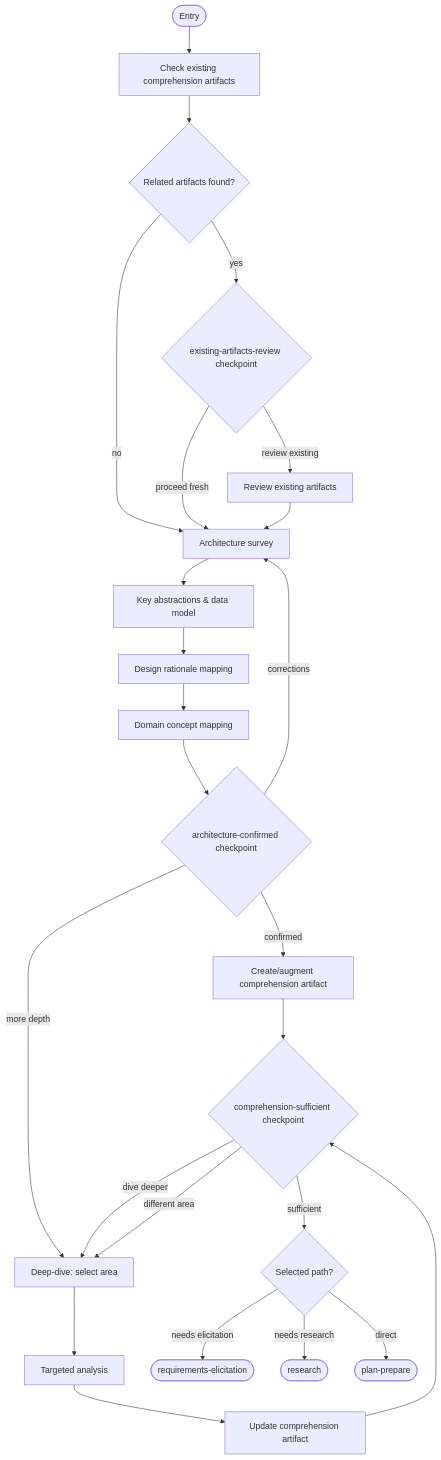
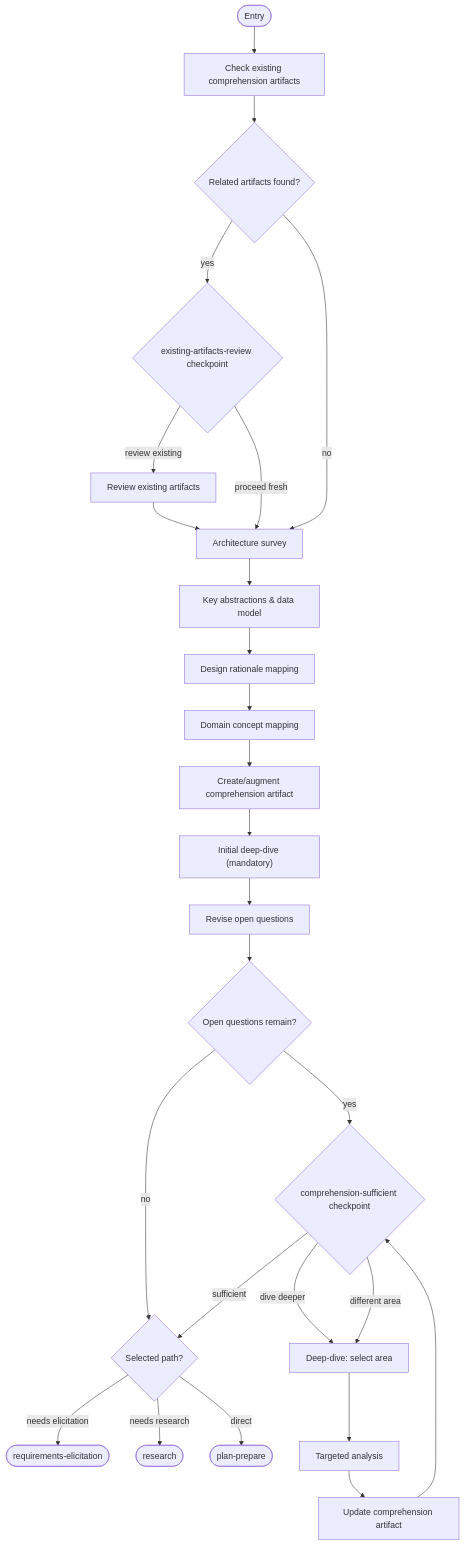
The third of 14 diagrams in work-package/activities/README.md (m2ux/workflow-server), drawn with Mermaid before and after one commit. The commit also changed other lines of this file and 1 other file, not shown here.

Commit message:
refactor(work-package): drop low-value architecture-confirmed checkpoint
Same anti-pattern as #2 in the previous commit: a non-blocking 30s-auto-
advance checkpoint asking the user to confirm an artifact they have not
had time to read. Realistic outcome is rubber-stamp.

`comprehension-sufficient` already serves the meaningful gate — it fires
after the mandatory initial deep-dive with the revised Open Questions
table as evidence, so the user has something concrete to act on. The
earlier checkpoint duplicated that role with no evidence behind it.

Replaces the checkpoint with a `message` action announcing the artifact
path and that the mandatory initial deep-dive is starting next. Updates
activities/README.md (table + mermaid diagram). Bumps codebase-
comprehension to 1.5.0.

````diff
--- a/work-package/activities/README.md
+++ b/work-package/activities/README.md
@@ -194,32 +193,33 @@
 ```mermaid
 graph TD
     entryNode(["Entry"]) --> checkExisting["Check existing comprehension artifacts"]
     checkExisting --> hasExisting{"Related artifacts found?"}
     hasExisting -->|"yes"| cpExisting{"existing-artifacts-review checkpoint"}
     hasExisting -->|"no"| archSurvey
 
     cpExisting -->|"review existing"| reviewArtifacts["Review existing artifacts"]
     cpExisting -->|"proceed fresh"| archSurvey
     reviewArtifacts --> archSurvey
 
     archSurvey["Architecture survey"] --> keyAbstractions["Key abstractions & data model"]
     keyAbstractions --> designRationale["Design rationale mapping"]
     designRationale --> domainMapping["Domain concept mapping"]
-    domainMapping --> cpArch{"architecture-confirmed checkpoint"}
-    cpArch -->|"confirmed"| createArtifact["Create/augment comprehension artifact"]
-    cpArch -->|"corrections"| archSurvey
-    cpArch -->|"more depth"| deepDive
+    domainMapping --> createArtifact["Create/augment comprehension artifact"]
 
-    createArtifact --> cpSufficient{"comprehension-sufficient checkpoint"}
+    createArtifact --> initialDeepDive["Initial deep-dive (mandatory)"]
+    initialDeepDive --> reviseQuestions["Revise open questions"]
+    reviseQuestions --> hasOpen{"Open questions remain?"}
+    hasOpen -->|"no"| pathBranch
+    hasOpen -->|"yes"| cpSufficient{"comprehension-sufficient checkpoint"}
     cpSufficient -->|"sufficient"| pathBranch{"Selected path?"}
     cpSufficient -->|"dive deeper"| deepDive["Deep-dive: select area"]
     cpSufficient -->|"different area"| deepDive
 
     deepDive --> targetedAnalysis["Targeted analysis"]
     targetedAnalysis --> updateArtifact["Update comprehension artifact"]
     updateArtifact --> cpSufficient
 
     pathBranch -->|"needs elicitation"| exitElicit(["requirements-elicitation"])
     pathBranch -->|"needs research"| exitResearch(["research"])
     pathBranch -->|"direct"| exitPlan(["plan-prepare"])
 ```
````
